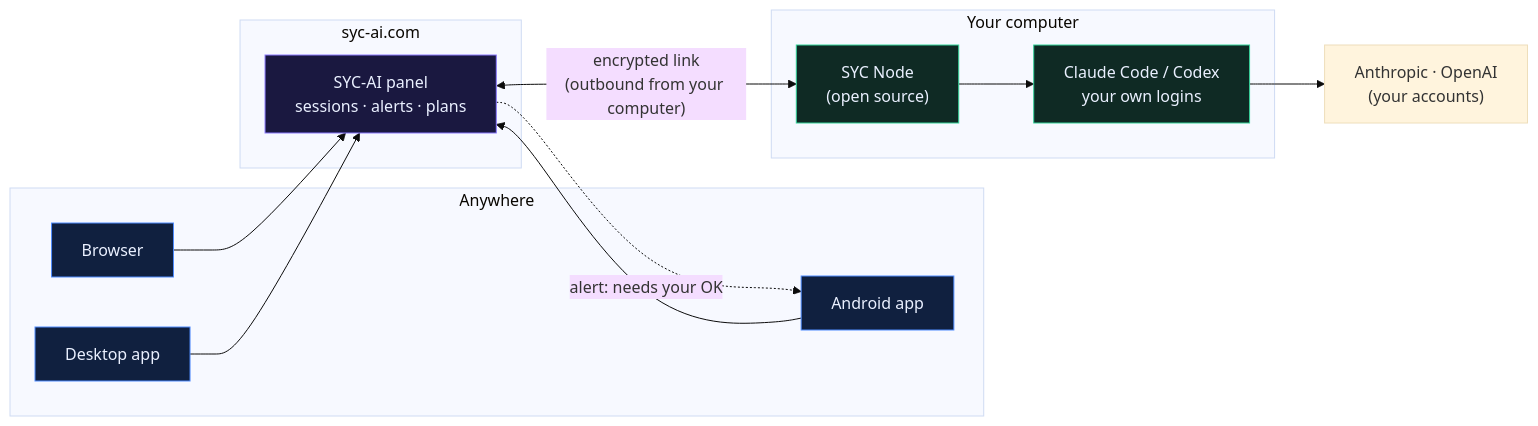
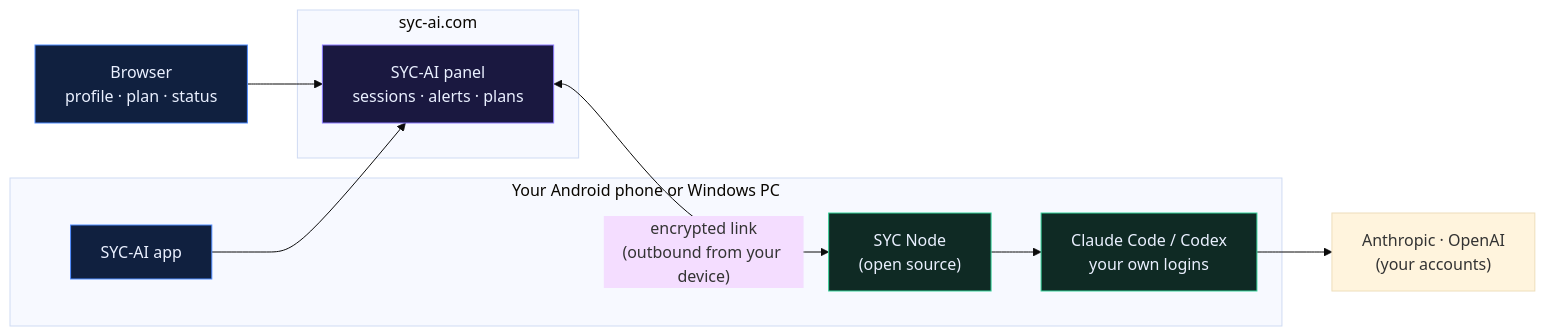
Before and after one commit to SYCC-AI/syc-ai: the diagram in README.md, drawn with Mermaid (base theme). The commit also changed other lines of this file and 46 other files, not shown here.

First line of the commit message:
Release 0.7.5: Android and Windows apps with Claude Code and Codex inside, connect by code, Codex token doctor, signed device configuration

````diff
--- a/README.md
+++ b/README.md
@@ -73,23 +98,19 @@
 ```mermaid
 flowchart LR
-  subgraph you["Anywhere"]
-    W["Browser"]:::c
-    A["Android app"]:::c
-    D["Desktop app"]:::c
+  W["Browser<br/>profile · plan · status"]:::c
+  subgraph dev["Your Android phone or Windows PC"]
+    A["SYC-AI app"]:::c
+    N["SYC Node<br/>(open source)"]:::n
+    C["Claude Code / Codex<br/>your own logins"]:::n
   end
   subgraph cloud["syc-ai.com"]
     P["SYC-AI panel<br/>sessions · alerts · plans"]:::s
   end
-  subgraph pc["Your computer"]
-    N["SYC Node<br/>(open source)"]:::n
-    C["Claude Code / Codex<br/>your own logins"]:::n
-  end
-  W & A & D --> P
-  P <-- "encrypted link<br/>(outbound from your computer)" --> N
+  W & A --> P
+  P <-- "encrypted link<br/>(outbound from your device)" --> N
   N --> C
   C --> AI["Anthropic · OpenAI<br/>(your accounts)"]
-  P -. "alert: needs your OK" .-> A
   classDef c fill:#10203f,stroke:#4f8cff,color:#eaf0ff
   classDef s fill:#1a1840,stroke:#8b7bff,color:#eaf0ff
   classDef n fill:#0f2a24,stroke:#34d399,color:#eaf0ff
 ```
````
